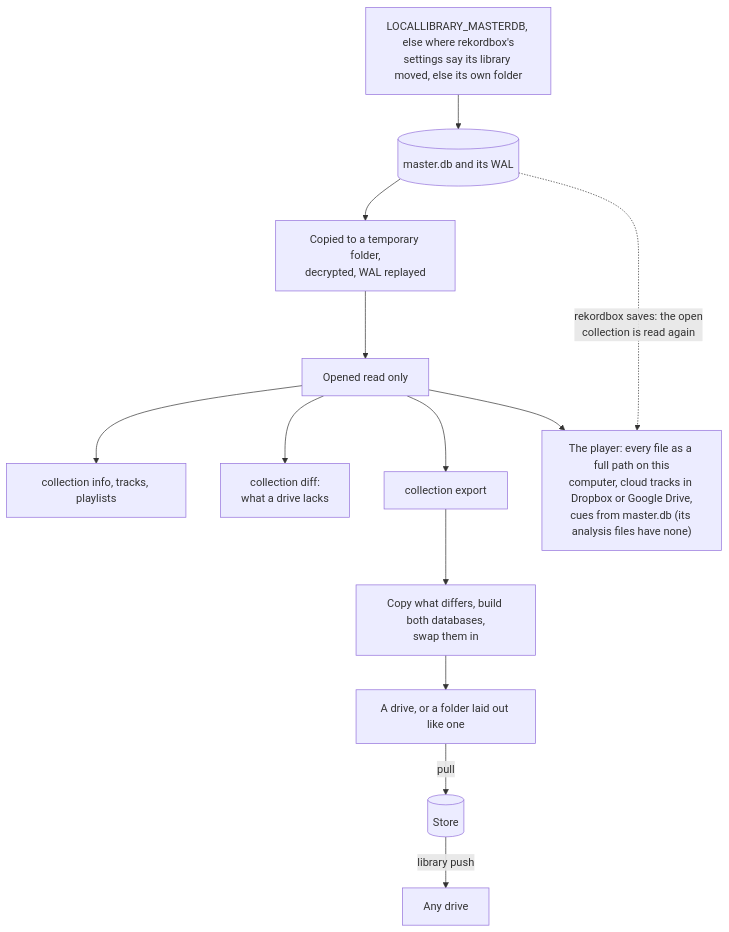
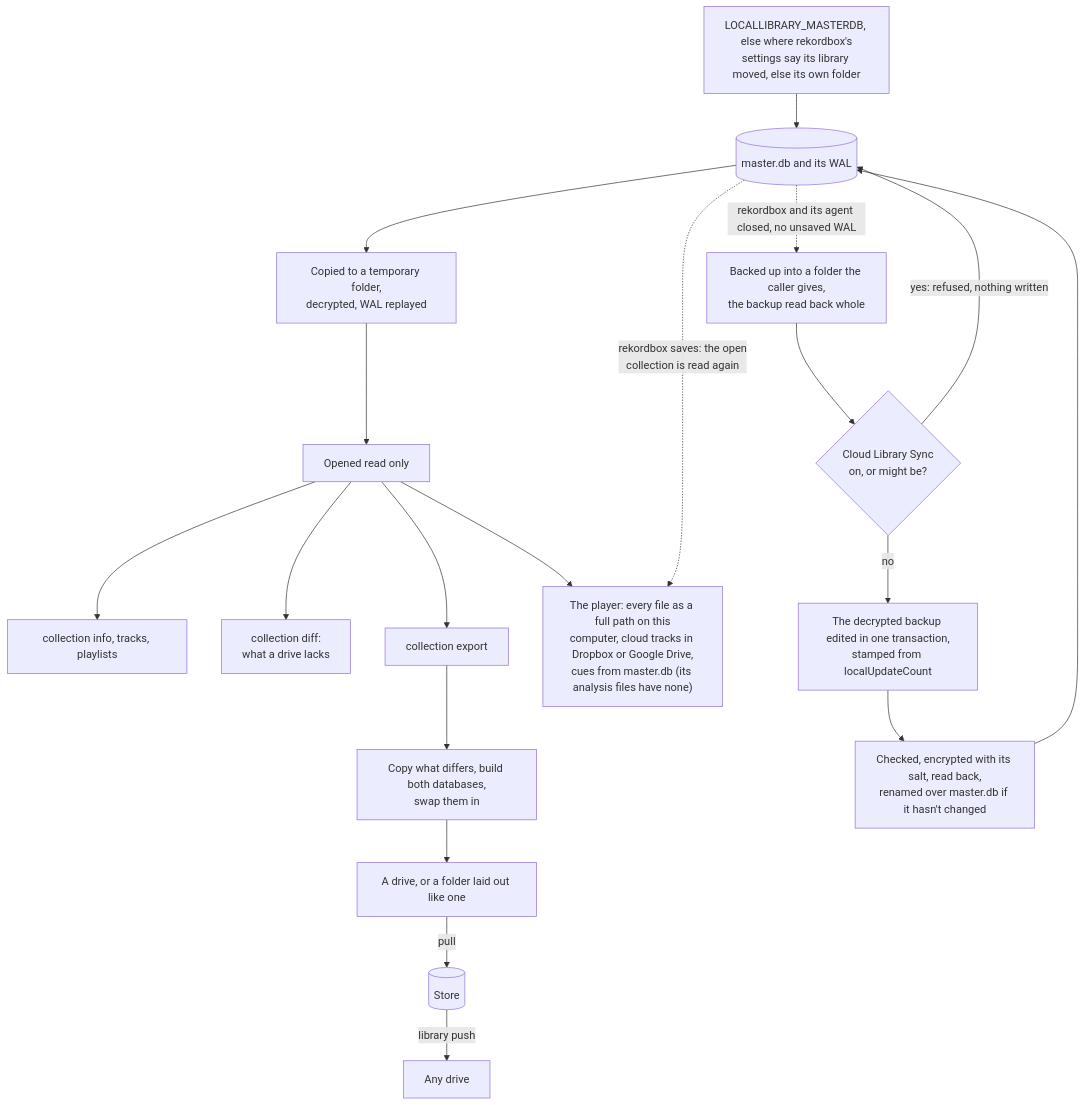
Before and after one commit to cutenode/localnetwork: the fourth of 10 diagrams in apps/locallibrary/docs/diagrams/data.md, drawn with Mermaid. The commit also changed other lines of this file, not shown here.

Commit message:
docs(locallibrary): draw the collection's write path

````diff
--- a/apps/locallibrary/docs/diagrams/data.md
+++ b/apps/locallibrary/docs/diagrams/data.md
@@ -76,15 +76,21 @@
 ```mermaid
 flowchart TD
     find["LOCALLIBRARY_MASTERDB, else where rekordbox's<br/>settings say its library moved, else its own folder"] --> master
     master[("master.db and its WAL")] --> copy["Copied to a temporary folder,<br/>decrypted, WAL replayed"]
     copy --> read["Opened read only"]
     read --> reads["collection info, tracks, playlists"]
     read --> diff["collection diff:<br/>what a drive lacks"]
     read --> export["collection export"]
     read --> player["The player: every file as a full path on this<br/>computer, cloud tracks in Dropbox or Google Drive,<br/>cues from master.db (its analysis files have none)"]
     master -.->|"rekordbox saves: the open<br/>collection is read again"| player
     export --> write["Copy what differs, build both databases,<br/>swap them in"]
     write --> target["A drive, or a folder laid out like one"]
     target -->|"pull"| store[("Store")]
     store -->|"library push"| drive["Any drive"]
+    master -.->|"rekordbox and its agent closed, no unsaved WAL"| backup["Backed up into a folder the caller gives,<br/>the backup read back whole"]
+    backup --> synced{"Cloud Library Sync<br/>on, or might be?"}
+    synced -->|"yes: refused, nothing written"| master
+    synced -->|no| edit["The decrypted backup edited in one transaction,<br/>stamped from localUpdateCount"]
+    edit --> swap["Checked, encrypted with its salt, read back,<br/>renamed over master.db if it hasn't changed"]
+    swap --> master
 ```
````
